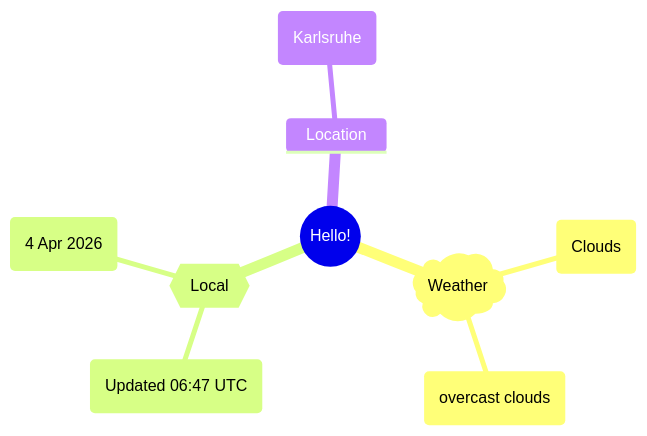
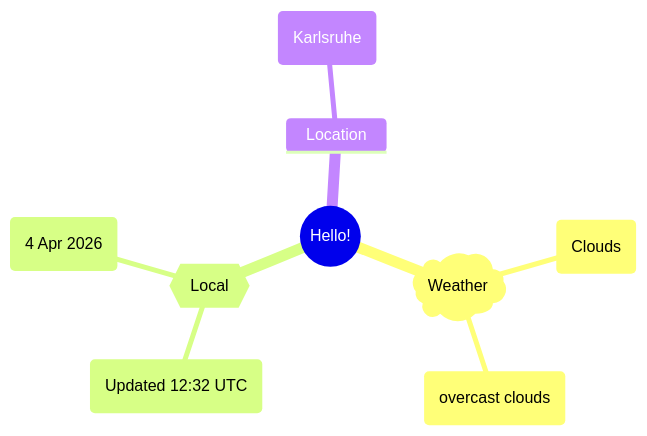
The first of 2 diagrams in README.md (Xosrov/Xosrov), drawn with Mermaid before and after one commit.

Commit message:
[bot] updated images

````diff
--- a/README.md
+++ b/README.md
@@ -3,12 +3,12 @@
 ```mermaid
 mindmap
   root((Hello!))
     )Weather(
         (Clouds)
         (overcast clouds)
     {{Local}}
-        (Updated 06:47 UTC)
+        (Updated 12:32 UTC)
         (4 Apr 2026)
     Location
         (Karlsruhe)
 ```
````
